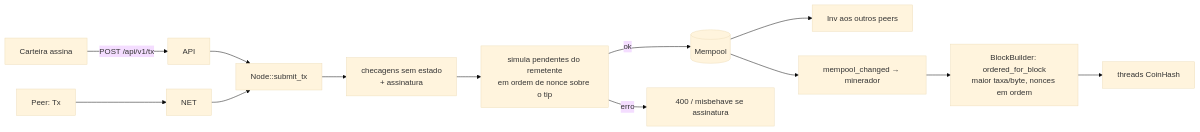
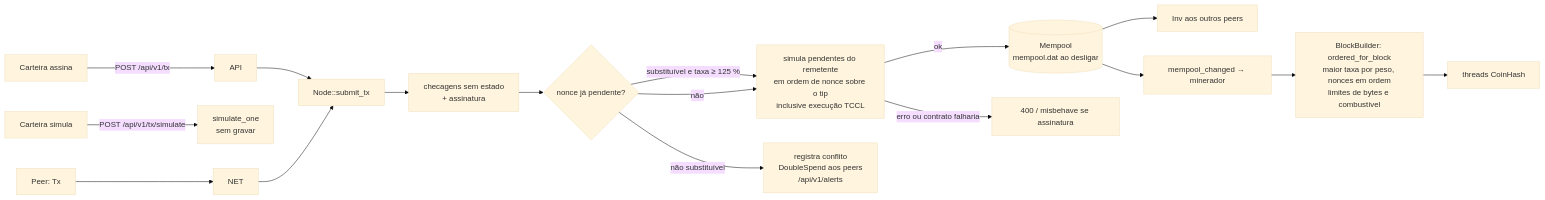
Before and after one commit to LucasBolla94/thecoin: the third of 3 diagrams in docs/ARCHITECTURE.md, drawn with Mermaid (base theme). The commit also changed other lines of this file and 18 other files, not shown here.

````diff
--- a/docs/ARCHITECTURE.md
+++ b/docs/ARCHITECTURE.md
@@ -140,15 +169,19 @@
 ```mermaid
 flowchart LR
     W[Carteira assina] -->|POST /api/v1/tx| API
+    WS[Carteira simula] -->|POST /api/v1/tx/simulate| SIMAPI[simulate_one<br/>sem gravar]
     PEER[Peer: Tx] --> NET
     API --> SUB[Node::submit_tx]
     NET --> SUB
     SUB --> ST[checagens sem estado<br/>+ assinatura]
-    ST --> SIM[simula pendentes do remetente<br/>em ordem de nonce sobre o tip]
-    SIM -->|ok| POOL[(Mempool)]
-    SIM -->|erro| REJ[400 / misbehave se assinatura]
+    ST --> NONCE{nonce já pendente?}
+    NONCE -->|substituível e taxa ≥ 125 %| SIM
+    NONCE -->|não substituível| DS[registra conflito<br/>DoubleSpend aos peers<br/>/api/v1/alerts]
+    NONCE -->|não| SIM[simula pendentes do remetente<br/>em ordem de nonce sobre o tip<br/>inclusive execução TCCL]
+    SIM -->|ok| POOL[(Mempool<br/>mempool.dat ao desligar)]
+    SIM -->|erro ou contrato falharia| REJ[400 / misbehave se assinatura]
     POOL --> RELAY[Inv aos outros peers]
     POOL --> NOTIFY[mempool_changed → minerador]
-    NOTIFY --> TPL[BlockBuilder: ordered_for_block<br/>maior taxa/byte, nonces em ordem]
+    NOTIFY --> TPL[BlockBuilder: ordered_for_block<br/>maior taxa por peso, nonces em ordem<br/>limites de bytes e combustível]
     TPL --> MINE[threads CoinHash]
 ```
````
